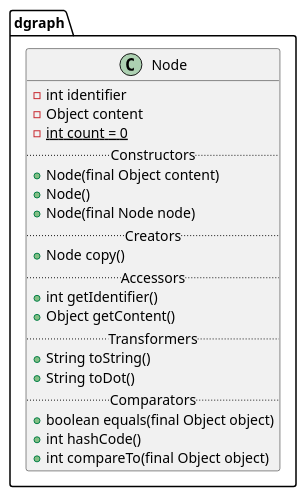
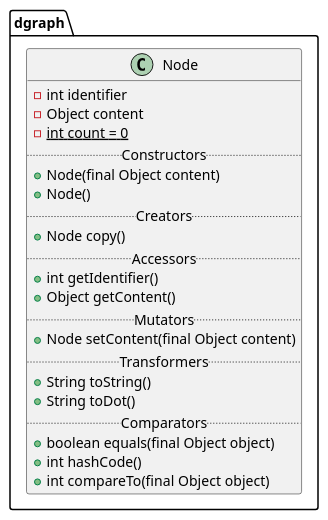
One commit to thegalactic/java-lattices changed the diagram in src/dgraph/Node.iuml. Above: the diagram before and after it, drawn with PlantUML. The commit also changed 4 other files, not shown here.

```diff
--- a/src/dgraph/Node.iuml
+++ b/src/dgraph/Node.iuml
@@ -1,23 +1,24 @@
 package dgraph {
     class Node {
         -int identifier
         -Object content
         -{static} int count = 0
         .. Constructors ..
         +Node(final Object content)
         +Node()
-        +Node(final Node node)
         .. Creators ..
         +Node copy()
         .. Accessors ..
         +int getIdentifier()
         +Object getContent()
+        .. Mutators ..
+        +Node setContent(final Object content)
         .. Transformers ..
         +String toString()
         +String toDot()
         .. Comparators ..
         +boolean equals(final Object object)
         +int hashCode()
         +int compareTo(final Object object)
     }
 }
```
